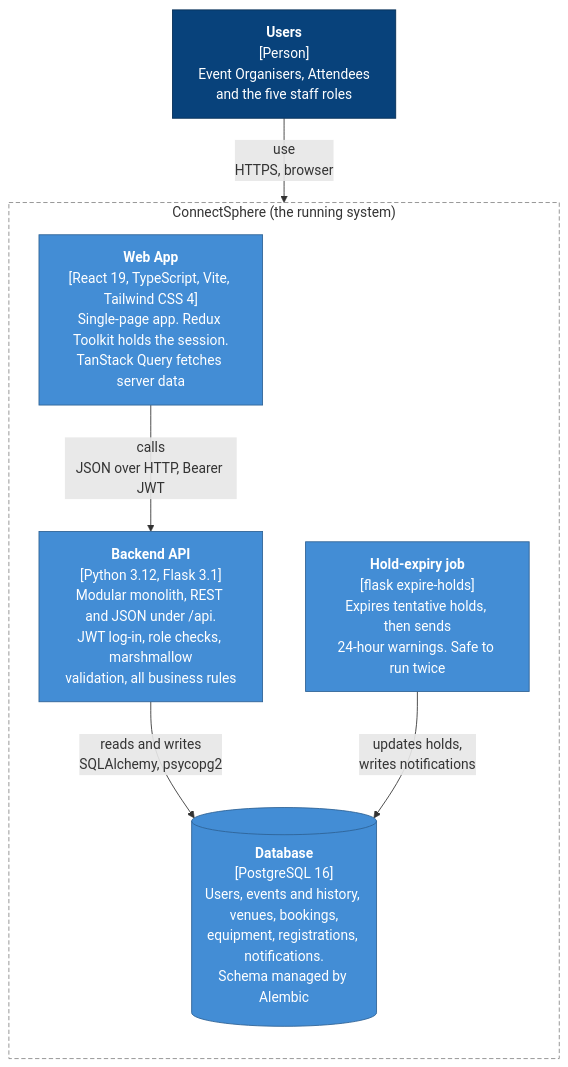
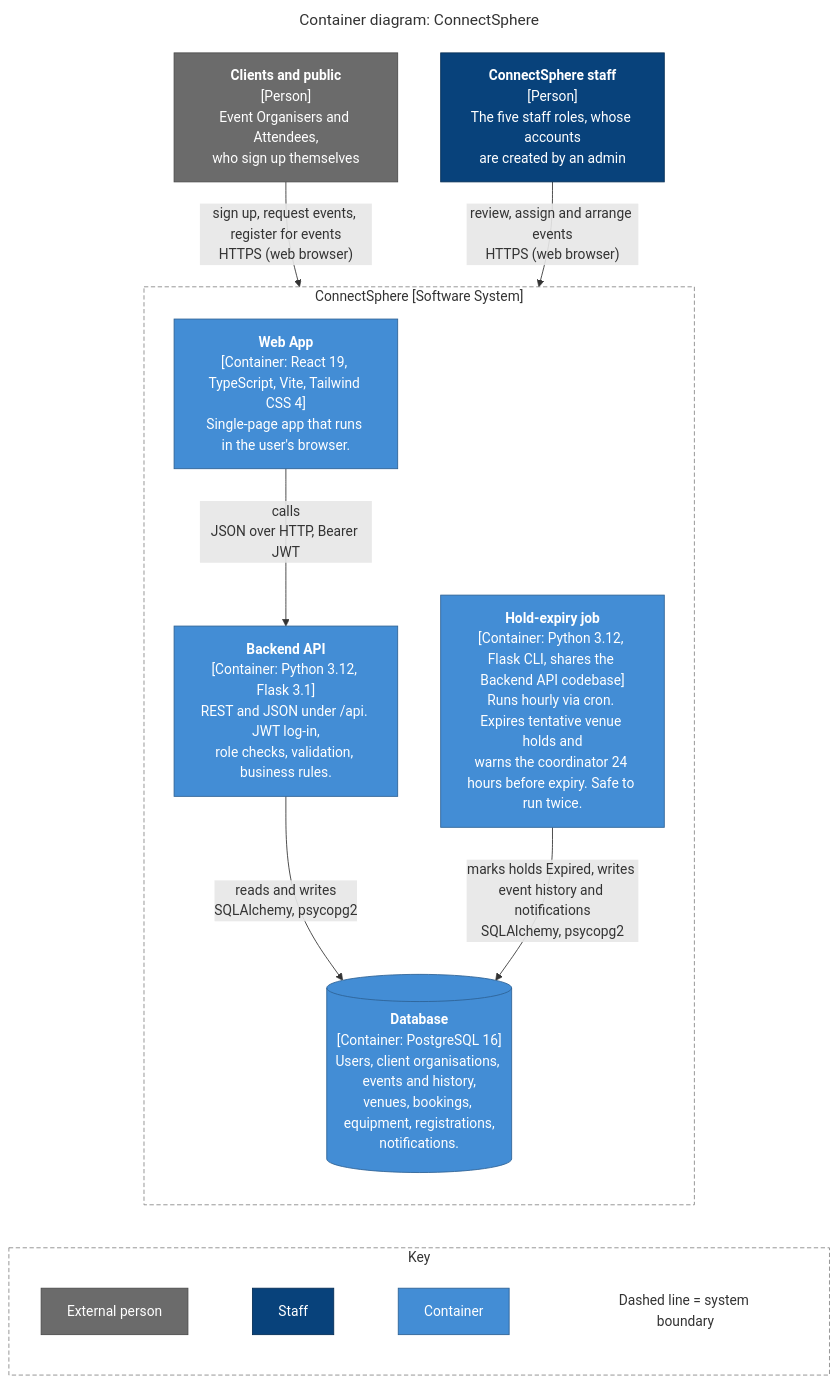
One commit to cheekfg897/SPM-Software-Project-Management- changed the diagram in docs/architecture/02-c4-containers.md. Above: the diagram before and after it, drawn with Mermaid. The commit also changed other lines of this file and 1 other file, not shown here.

Commit message:
docs(SCRUM-78):Update C4 Container Diagram

````diff
--- a/docs/architecture/02-c4-containers.md
+++ b/docs/architecture/02-c4-containers.md
@@ -6,22 +6,41 @@
 ```mermaid
+---
+title: "Container diagram: ConnectSphere"
+---
 flowchart TB
+  classDef ext fill:#6b6b6b,stroke:#4a4a4a,color:#ffffff
   classDef person fill:#08427b,stroke:#052e56,color:#ffffff
   classDef container fill:#438dd5,stroke:#2e6295,color:#ffffff
 
-  users["<b>Users</b><br/>[Person]<br/>Event Organisers, Attendees<br/>and the five staff roles"]:::person
+  clients["<b>Clients and public</b><br/>[Person]<br/>Event Organisers and Attendees,<br/>who sign up themselves"]:::ext
+  staff["<b>ConnectSphere staff</b><br/>[Person]<br/>The five staff roles, whose accounts<br/>are created by an admin"]:::person
 
-  subgraph cs["ConnectSphere (the running system)"]
+  subgraph cs["ConnectSphere [Software System]"]
     direction TB
-    web["<b>Web App</b><br/>[React 19, TypeScript, Vite, Tailwind CSS 4]<br/>Single-page app. Redux Toolkit holds the session.<br/>TanStack Query fetches server data"]:::container
-    api["<b>Backend API</b><br/>[Python 3.12, Flask 3.1]<br/>Modular monolith, REST and JSON under /api.<br/>JWT log-in, role checks, marshmallow<br/>validation, all business rules"]:::container
-    db[("<b>Database</b><br/>[PostgreSQL 16]<br/>Users, events and history, venues, bookings,<br/>equipment, registrations, notifications.<br/>Schema managed by Alembic")]:::container
-    job["<b>Hold-expiry job</b><br/>[flask expire-holds]<br/>Expires tentative holds, then sends<br/>24-hour warnings. Safe to run twice"]:::container
+    web["<b>Web App</b><br/>[Container: React 19, TypeScript, Vite, Tailwind CSS 4]<br/>Single-page app that runs in the user's browser."]:::container
+    api["<b>Backend API</b><br/>[Container: Python 3.12, Flask 3.1]<br/>REST and JSON under /api. JWT log-in,<br/>role checks, validation, business rules."]:::container
+    db[("<b>Database</b><br/>[Container: PostgreSQL 16]<br/>Users, client organisations, events and history,<br/>venues, bookings, equipment, registrations,<br/>notifications.")]:::container
+    job["<b>Hold-expiry job</b><br/>[Container: Python 3.12, Flask CLI, shares the Backend API codebase]<br/>Runs hourly via cron. Expires tentative venue holds and<br/>warns the coordinator 24 hours before expiry. Safe to run twice."]:::container
   end
 
-  users -->|"use<br/>HTTPS, browser"| web
+  clients -->|"sign up, request events, register for events<br/>HTTPS (web browser)"| web
+  db ~~~ k1
+  k1 ~~~ k2 ~~~ k3 ~~~ k4
+  staff -->|"review, assign and arrange events<br/>HTTPS (web browser)"| web
   web -->|"calls<br/>JSON over HTTP, Bearer JWT"| api
   api -->|"reads and writes<br/>SQLAlchemy, psycopg2"| db
-  job -->|"updates holds,<br/>writes notifications"| db
+  job -->|"marks holds Expired, writes event history and notifications<br/>SQLAlchemy, psycopg2"| db
+
+  subgraph key["Key"]
+    direction LR
+    k1["External person"]:::ext
+    k2["Staff"]:::person
+    k3["Container"]:::container
+    k4["Dashed line = system boundary"]
+  end
+
 
   style cs fill:none,stroke:#888888,stroke-dasharray:5 3
+  style key fill:none,stroke:#888888,stroke-dasharray:5 3
+  style k4 fill:none,stroke:none
 ```
````
